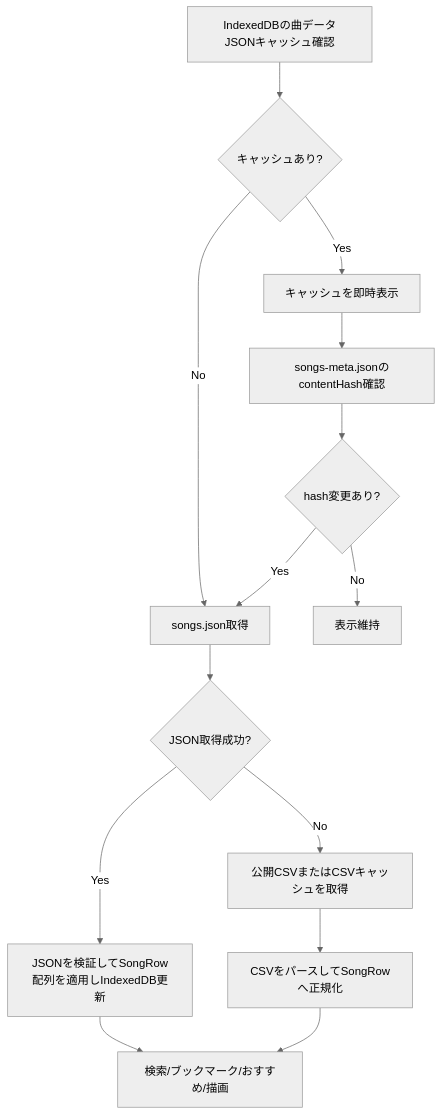
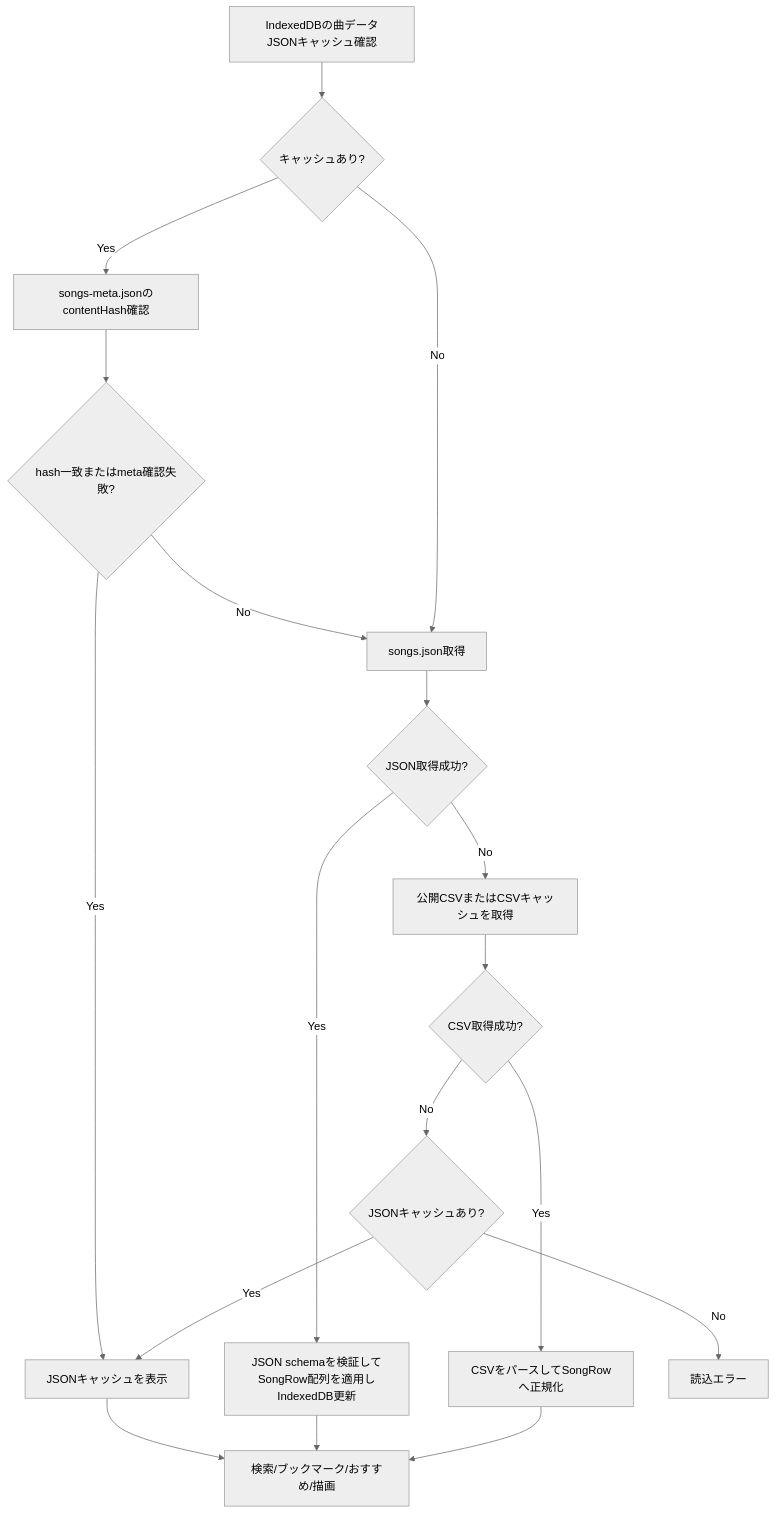
The first of 3 diagrams in DESIGN.md (an-oa/devel-knksongs), drawn with Mermaid (neutral theme) before and after one commit. The commit also changed other lines of this file and 3 other files, not shown here.

````diff
--- a/DESIGN.md
+++ b/DESIGN.md
@@ -109,16 +125,20 @@
 ```mermaid
 flowchart TD
     A[IndexedDBの曲データJSONキャッシュ確認] --> B{キャッシュあり?}
-    B -- Yes --> C[キャッシュを即時表示]
-    C --> D[songs-meta.jsonのcontentHash確認]
-    B -- No --> E[songs.json取得]
-    D --> F{hash変更あり?}
-    F -- No --> G[表示維持]
-    F -- Yes --> E
-    E --> H{JSON取得成功?}
-    H -- Yes --> I[JSONを検証してSongRow配列を適用しIndexedDB更新]
-    H -- No --> J[公開CSVまたはCSVキャッシュを取得]
-    J --> K[CSVをパースしてSongRowへ正規化]
-    I --> L[検索/ブックマーク/おすすめ/描画]
-    K --> L
+    B -- Yes --> C[songs-meta.jsonのcontentHash確認]
+    C --> D{hash一致またはmeta確認失敗?}
+    D -- Yes --> E[JSONキャッシュを表示]
+    D -- No --> F[songs.json取得]
+    B -- No --> F
+    F --> G{JSON取得成功?}
+    G -- Yes --> H[JSON schemaを検証してSongRow配列を適用しIndexedDB更新]
+    G -- No --> I[公開CSVまたはCSVキャッシュを取得]
+    I --> J{CSV取得成功?}
+    J -- Yes --> K[CSVをパースしてSongRowへ正規化]
+    J -- No --> L{JSONキャッシュあり?}
+    L -- Yes --> E
+    L -- No --> M[読込エラー]
+    E --> N[検索/ブックマーク/おすすめ/描画]
+    H --> N
+    K --> N
 ```
````
